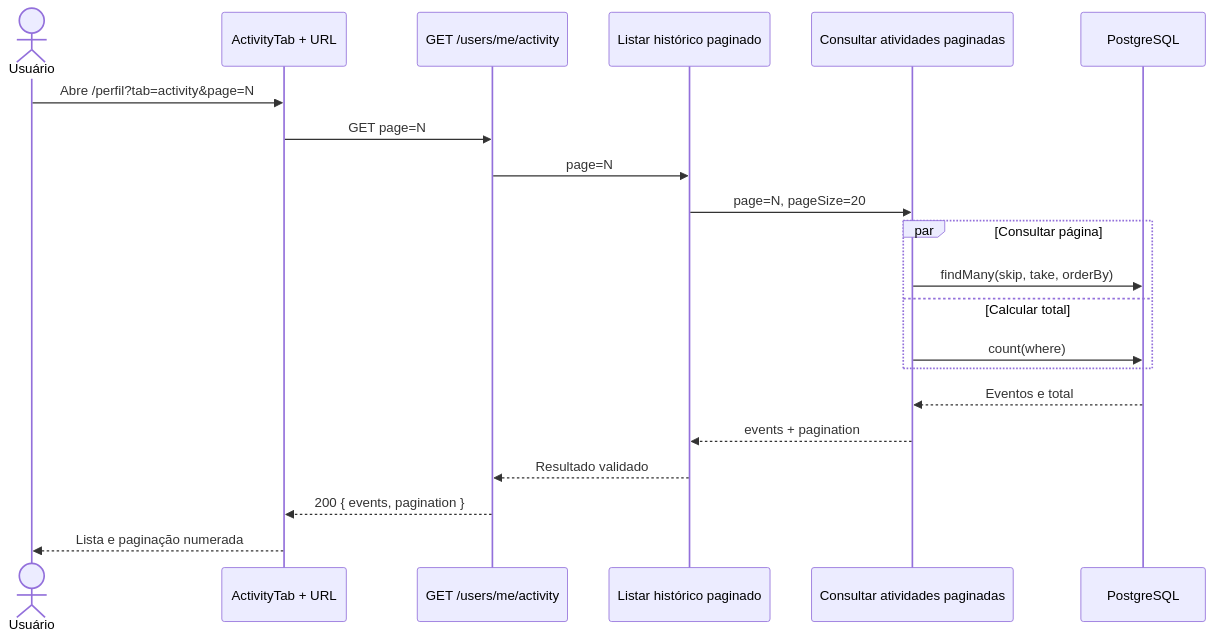
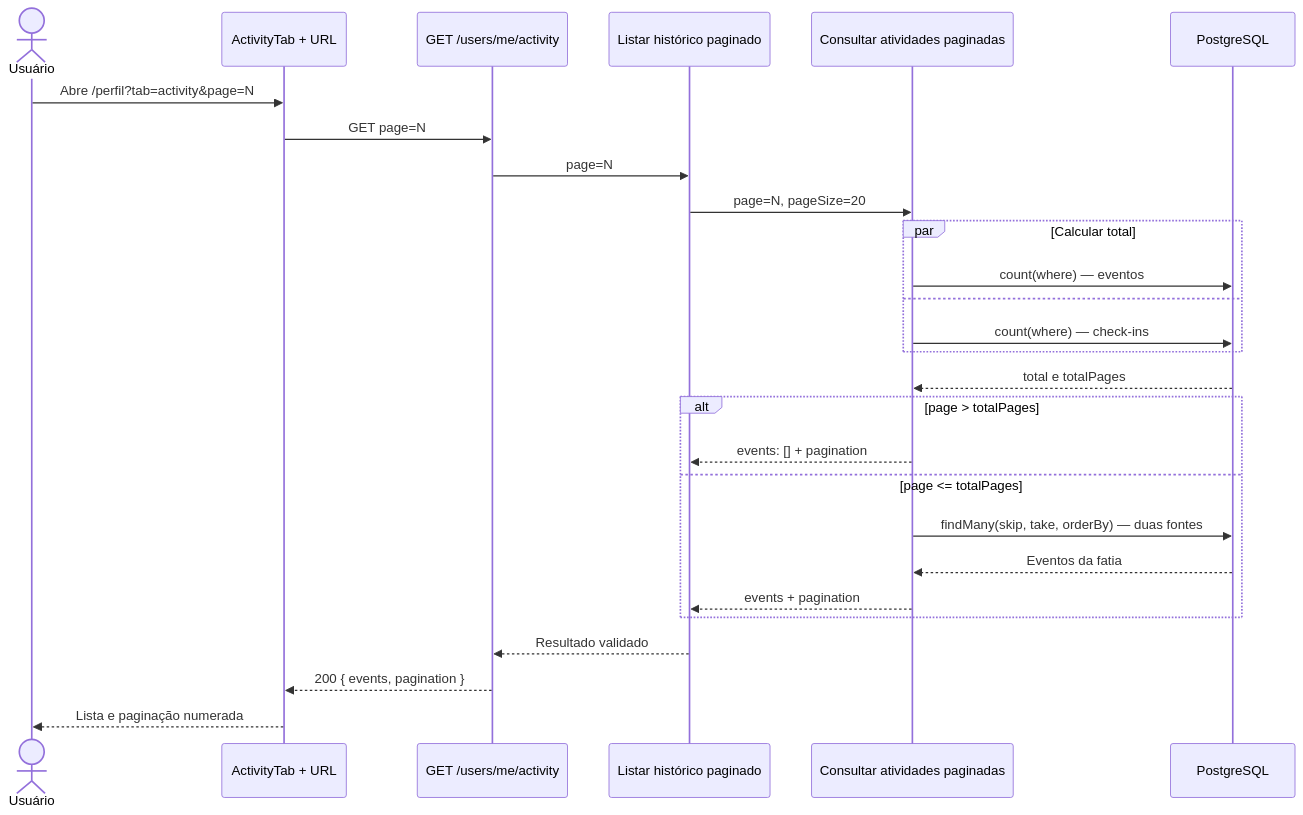
Before and after one commit to Cahmoraes/clean-arch-solid-ddd: the diagram in docs/superpowers/paginacao-historico-atividade-perfil/specs/diagrams/paginacao-historico-atividade-perfil-design_01_sequence_fluxo_da_pagina_o_do.mmd, drawn with Mermaid. The commit also changed 1 other file, not shown here.

Commit message:
docs(activity): document count-before-fetch tradeoff in pagination spec
A verificacao independente encontrou que o DAO roda o count antes do
findMany para evitar buscar a fatia quando a pagina esta fora do
intervalo, divergindo do paralelismo pleno descrito originalmente.
Registra essa decisao como D3 em vez de forcar paralelismo real.

```diff
--- a/docs/superpowers/paginacao-historico-atividade-perfil/specs/diagrams/paginacao-historico-atividade-perfil-design_01_sequence_fluxo_da_pagina_o_do.mmd
+++ b/docs/superpowers/paginacao-historico-atividade-perfil/specs/diagrams/paginacao-historico-atividade-perfil-design_01_sequence_fluxo_da_pagina_o_do.mmd
@@ -1,22 +1,28 @@
 sequenceDiagram
     actor User as Usuário
     participant UI as ActivityTab + URL
     participant API as GET /users/me/activity
     participant UC as Listar histórico paginado
     participant DAO as Consultar atividades paginadas
     participant DB as PostgreSQL
 
     User->>UI: Abre /perfil?tab=activity&page=N
     UI->>API: GET page=N
     API->>UC: page=N
     UC->>DAO: page=N, pageSize=20
-    par Consultar página
-        DAO->>DB: findMany(skip, take, orderBy)
-    and Calcular total
-        DAO->>DB: count(where)
+    par Calcular total
+        DAO->>DB: count(where) — eventos
+    and
+        DAO->>DB: count(where) — check-ins
     end
-    DB-->>DAO: Eventos e total
-    DAO-->>UC: events + pagination
+    DB-->>DAO: total e totalPages
+    alt page > totalPages
+        DAO-->>UC: events: [] + pagination
+    else page <= totalPages
+        DAO->>DB: findMany(skip, take, orderBy) — duas fontes
+        DB-->>DAO: Eventos da fatia
+        DAO-->>UC: events + pagination
+    end
     UC-->>API: Resultado validado
     API-->>UI: 200 { events, pagination }
     UI-->>User: Lista e paginação numerada
```
